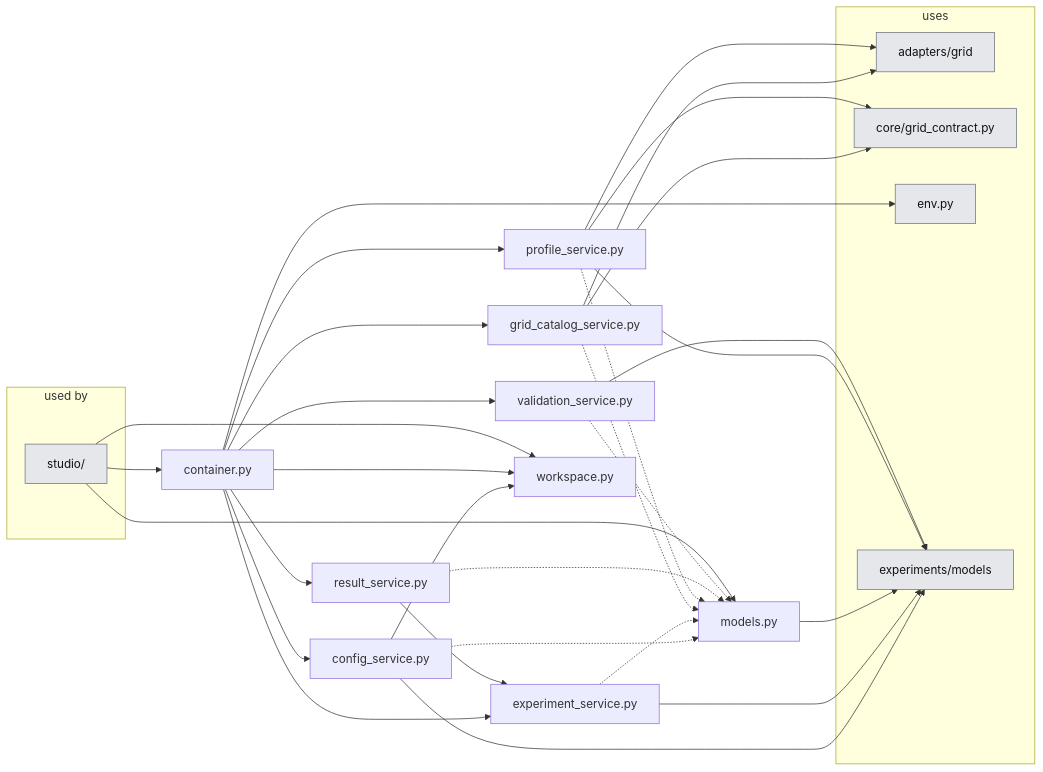
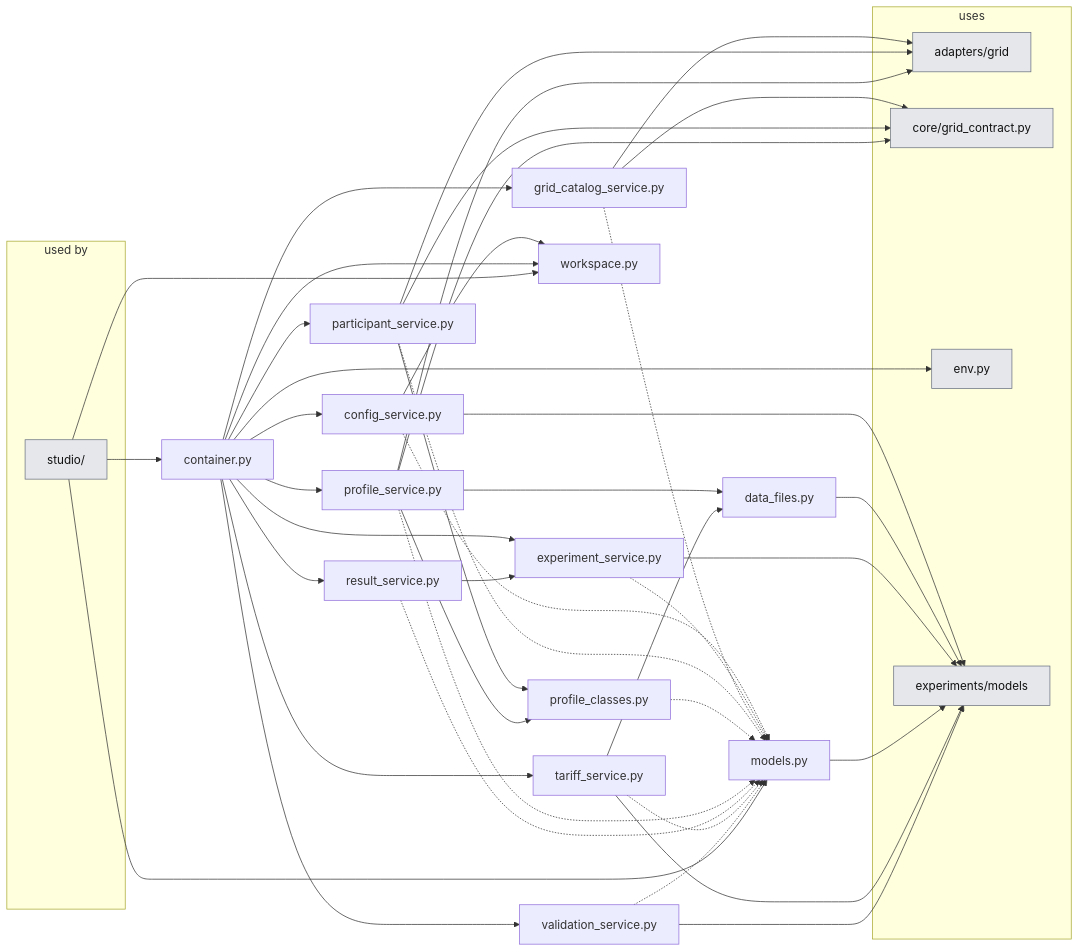
The second of 2 diagrams in docs_thesis/thesis/architecture/04-application-layer.md (KevinRapo/P2P-thesis), drawn with Mermaid before and after one commit. The commit also changed other lines of this file and 13 other files, not shown here.

First line of the commit message:
refactor(application): split ProfileService into profiles, participants, tariffs

````diff
--- a/docs_thesis/thesis/architecture/04-application-layer.md
+++ b/docs_thesis/thesis/architecture/04-application-layer.md
@@ -61,50 +63,66 @@
 ```mermaid
 flowchart LR
   subgraph USERS["used by"]
     n_studio__users_["studio/"]:::ext
   end
   n_application_config_service["config_service.py"]
   n_application_container["container.py"]
+  n_application_data_files["data_files.py"]
   n_application_experiment_service["experiment_service.py"]
   n_application_grid_catalog_service["grid_catalog_service.py"]
   n_application_models["models.py"]
+  n_application_participant_service["participant_service.py"]
+  n_application_profile_classes["profile_classes.py"]
   n_application_profile_service["profile_service.py"]
   n_application_result_service["result_service.py"]
+  n_application_tariff_service["tariff_service.py"]
   n_application_validation_service["validation_service.py"]
   n_application_workspace["workspace.py"]
   subgraph USES["uses"]
     n_adapters_grid["adapters/grid"]:::ext
     n_core_grid_contract["core/grid_contract.py"]:::ext
     n_env["env.py"]:::ext
     n_experiments_models["experiments/models"]:::ext
   end
   n_application_config_service -.-> n_application_models
   n_application_config_service --> n_application_workspace
   n_application_config_service --> n_experiments_models
   n_application_container --> n_application_config_service
   n_application_container --> n_application_experiment_service
   n_application_container --> n_application_grid_catalog_service
+  n_application_container --> n_application_participant_service
   n_application_container --> n_application_profile_service
   n_application_container --> n_application_result_service
+  n_application_container --> n_application_tariff_service
   n_application_container --> n_application_validation_service
   n_application_container --> n_application_workspace
   n_application_container --> n_env
+  n_application_data_files --> n_experiments_models
   n_application_experiment_service -.-> n_application_models
   n_application_experiment_service --> n_experiments_models
   n_application_grid_catalog_service --> n_adapters_grid
   n_application_grid_catalog_service -.-> n_application_models
   n_application_grid_catalog_service --> n_core_grid_contract
   n_application_models --> n_experiments_models
+  n_application_participant_service --> n_adapters_grid
+  n_application_participant_service -.-> n_application_models
+  n_application_participant_service --> n_application_profile_classes
+  n_application_participant_service --> n_core_grid_contract
+  n_application_profile_classes -.-> n_application_models
   n_application_profile_service --> n_adapters_grid
+  n_application_profile_service --> n_application_data_files
   n_application_profile_service -.-> n_application_models
+  n_application_profile_service --> n_application_profile_classes
   n_application_profile_service --> n_core_grid_contract
-  n_application_profile_service --> n_experiments_models
   n_application_result_service --> n_application_experiment_service
   n_application_result_service -.-> n_application_models
+  n_application_tariff_service --> n_application_data_files
+  n_application_tariff_service -.-> n_application_models
+  n_application_tariff_service --> n_experiments_models
   n_application_validation_service -.-> n_application_models
   n_application_validation_service --> n_experiments_models
   n_studio__users_ --> n_application_container
   n_studio__users_ --> n_application_models
   n_studio__users_ --> n_application_workspace
   classDef ext fill:#e5e7eb,stroke:#6b7280,color:#111
 ```
````
